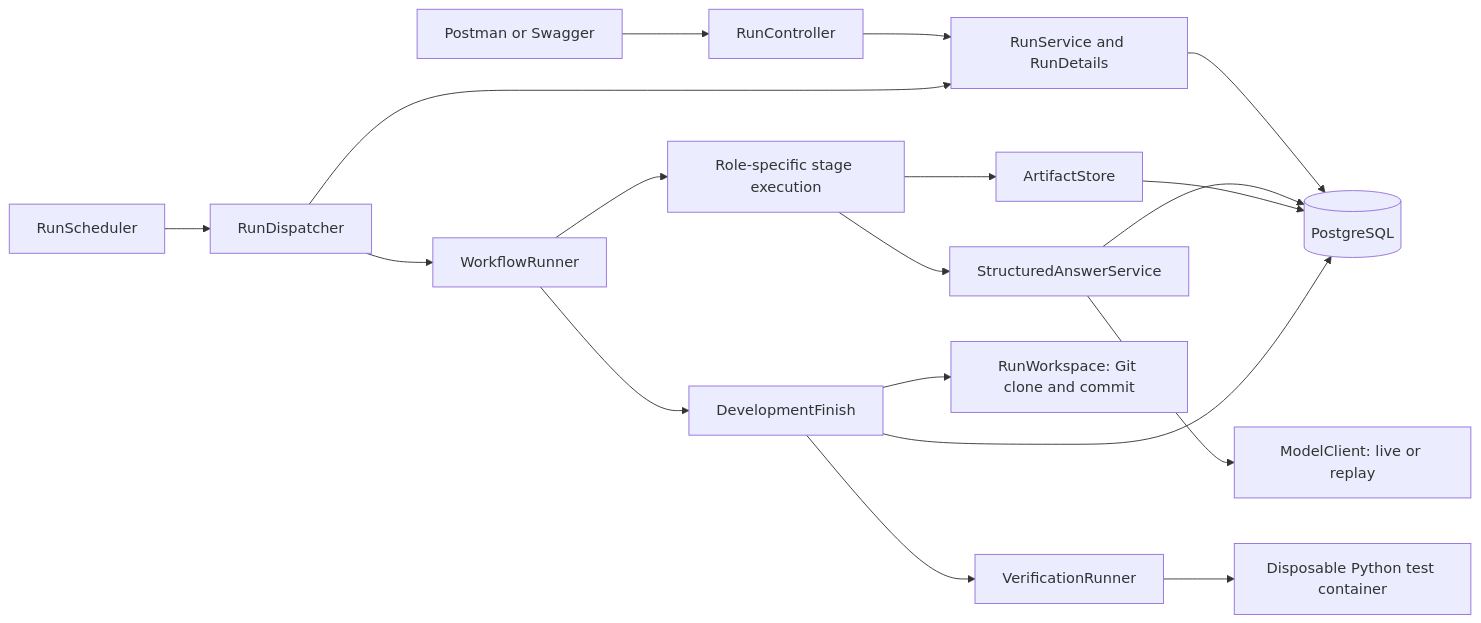
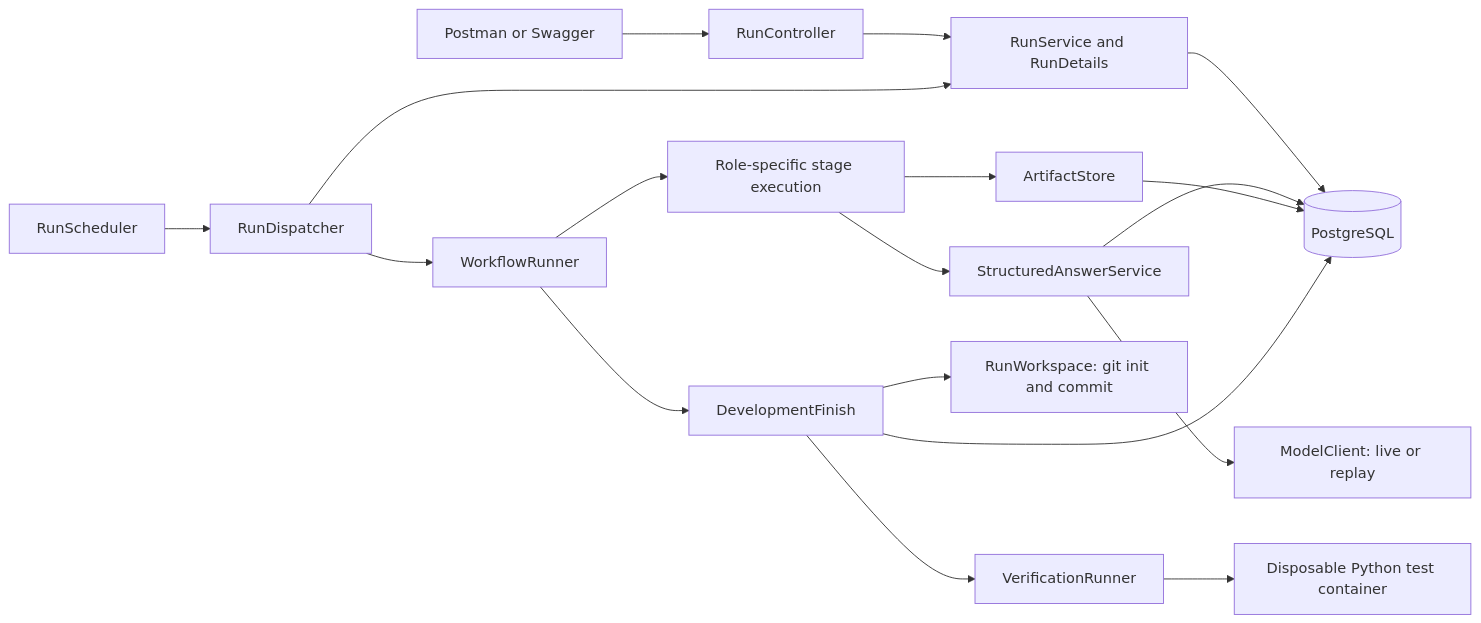
The first of 2 diagrams in docs/platform/architecture.md (bereket1144/ai-sdlc-url-shortner), drawn with Mermaid before and after one commit. The commit also changed other lines of this file and 6 other files, not shown here.

Commit message:
docs: describe the per-run git repository and the question-and-answer flow (step 105) [main agent]

````diff
--- a/docs/platform/architecture.md
+++ b/docs/platform/architecture.md
@@ -7,20 +7,20 @@
 ```mermaid
 flowchart LR
     User[Postman or Swagger] --> API[RunController]
     API --> Service[RunService and RunDetails]
     Service --> DB[(PostgreSQL)]
     Poller[RunScheduler] --> Dispatcher[RunDispatcher]
     Dispatcher --> Service
     Dispatcher --> Graph[WorkflowRunner]
     Graph --> Nodes[Role-specific stage execution]
     Nodes --> Answers[StructuredAnswerService]
     Answers --> Model[ModelClient: live or replay]
     Answers --> DB
     Nodes --> Store[ArtifactStore]
     Store --> DB
     Graph --> Finish[DevelopmentFinish]
-    Finish --> Workspace[RunWorkspace: Git clone and commit]
+    Finish --> Workspace[RunWorkspace: git init and commit]
     Finish --> Verify[VerificationRunner]
     Verify --> Container[Disposable Python test container]
     Finish --> DB
 ```
````
